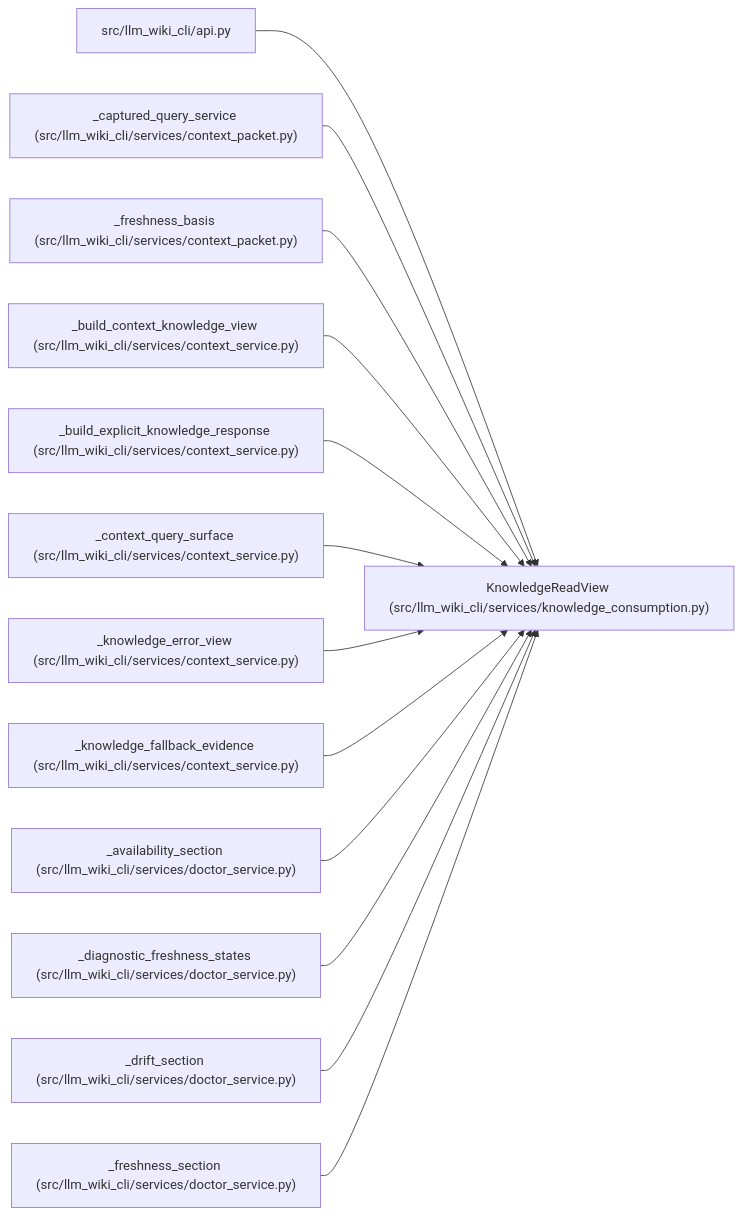
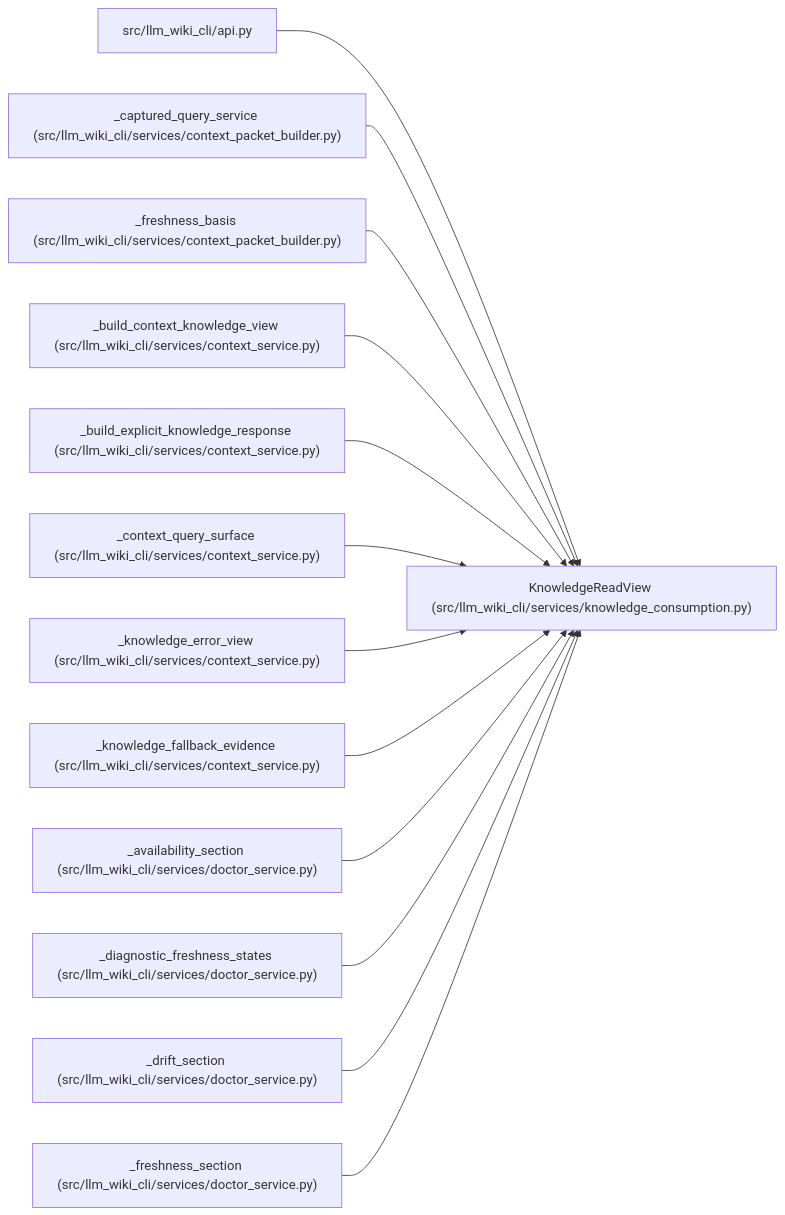
The diagram in docs/llm_wiki/entities/KnowledgeReadView.md (Denissvgn/python-wiki-llm), drawn with Mermaid before and after one commit. The commit also changed other lines of this file and 1555 other files, not shown here.

````diff
--- a/docs/llm_wiki/entities/KnowledgeReadView.md
+++ b/docs/llm_wiki/entities/KnowledgeReadView.md
@@ -52,41 +52,41 @@
 ```mermaid
 flowchart LR
     n0["KnowledgeReadView (src/llm_wiki_cli/services/knowledge_consumption.py)"]
     n1["src/llm_wiki_cli/api.py"]
-    n2["_captured_query_service (src/llm_wiki_cli/services/context_packet.py)"]
-    n3["_freshness_basis (src/llm_wiki_cli/services/context_packet.py)"]
+    n2["_captured_query_service (src/llm_wiki_cli/services/context_packet_builder.py)"]
+    n3["_freshness_basis (src/llm_wiki_cli/services/context_packet_builder.py)"]
     n4["_build_context_knowledge_view (src/llm_wiki_cli/services/context_service.py)"]
     n5["_build_explicit_knowledge_response (src/llm_wiki_cli/services/context_service.py)"]
     n6["_context_query_surface (src/llm_wiki_cli/services/context_service.py)"]
     n7["_knowledge_error_view (src/llm_wiki_cli/services/context_service.py)"]
     n8["_knowledge_fallback_evidence (src/llm_wiki_cli/services/context_service.py)"]
     n9["_availability_section (src/llm_wiki_cli/services/doctor_service.py)"]
     n10["_diagnostic_freshness_states (src/llm_wiki_cli/services/doctor_service.py)"]
     n11["_drift_section (src/llm_wiki_cli/services/doctor_service.py)"]
     n12["_freshness_section (src/llm_wiki_cli/services/doctor_service.py)"]
     n1 --> n0
     n2 --> n0
     n3 --> n0
     n4 --> n0
     n5 --> n0
     n6 --> n0
     n7 --> n0
     n8 --> n0
     n9 --> n0
     n10 --> n0
     n11 --> n0
     n12 --> n0
     click n0 "../modules/knowledge_consumption.md"
     click n1 "../modules/api.md"
-    click n2 "../modules/context_packet.md"
-    click n3 "../modules/context_packet.md"
+    click n2 "../modules/context_packet_builder.md"
+    click n3 "../modules/context_packet_builder.md"
     click n4 "../modules/context_service.md"
     click n5 "../modules/context_service.md"
     click n6 "../modules/context_service.md"
     click n7 "../modules/context_service.md"
     click n8 "../modules/context_service.md"
     click n9 "../modules/doctor_service.md"
     click n10 "../modules/doctor_service.md"
     click n11 "../modules/doctor_service.md"
     click n12 "../modules/doctor_service.md"
 ```
````
